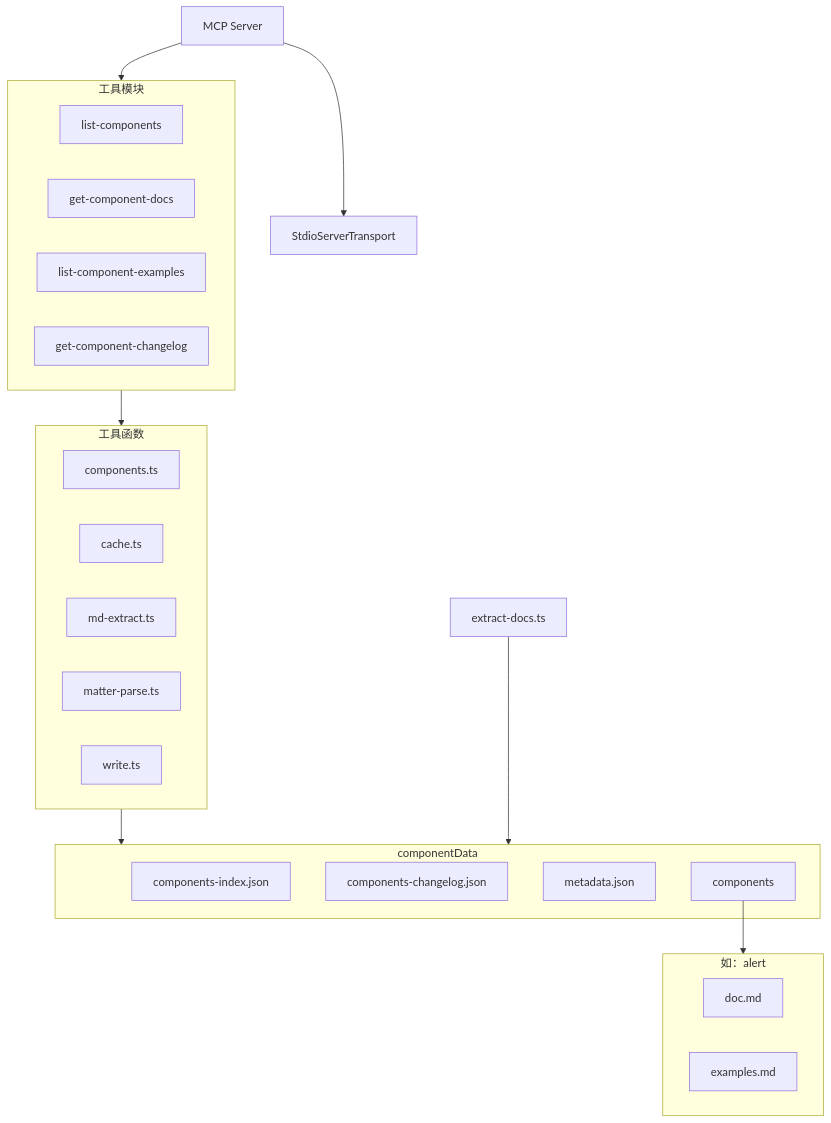
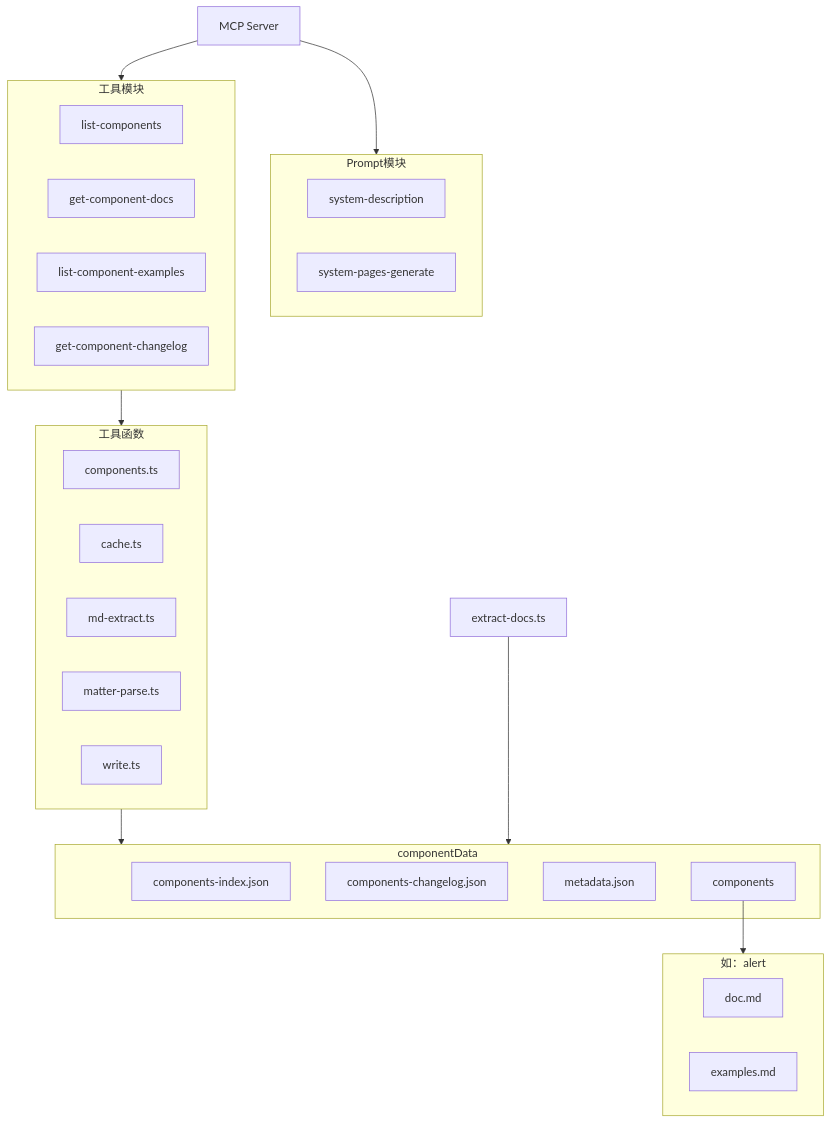
The first of 4 diagrams in README.zh-CN.md (zhixiaoqiang/antd-components-mcp), drawn with Mermaid before and after one commit. The commit also changed 2 other files, not shown here.

Commit message:
feat: 更新整体架构图

````diff
--- a/README.zh-CN.md
+++ b/README.zh-CN.md
@@ -256,45 +256,52 @@
 ```mermaid
 graph TD
     %% 主要模块
     Server[MCP Server] --> Tools
-    Server --> Transport[StdioServerTransport]
+    Server[MCP Server] --> Prompts
     
+
+    %% Prompt 模块
+    subgraph Prompts[Prompt模块]
+        SystemDescription[system-description]
+        SystemPagesGenerate[system-pages-generate]
+    end
+
     %% 工具模块
     subgraph Tools[工具模块]
         ListComponents[list-components]
         GetDocs[get-component-docs]
         ListExamples[list-component-examples]
         GetChangelog[get-component-changelog]
     end
     
     %% 工具依赖的工具函数
     Tools --> Utils
     
     subgraph Utils[工具函数]
         Components[components.ts]
         Cache[cache.ts]
         MdExtract[md-extract.ts]
         MatterParse[matter-parse.ts]
         Write[write.ts]
     end
     
     %% 数据存储
     Utils --> ComponentData
     
     subgraph ComponentData[componentData]
         CompIndex[components-index.json]
         CompChangelog[components-changelog.json]
         MetaData[metadata.json]
         CompDirs[components]
     end
 
     subgraph ComponentDirs[如：alert]
         DocFiles[doc.md]
         ExampleFiles[examples.md]
     end
 
     CompDirs --> ComponentDirs
-    
+
     %% 数据提取脚本
     Scripts[extract-docs.ts] --> ComponentData
 ```
````
